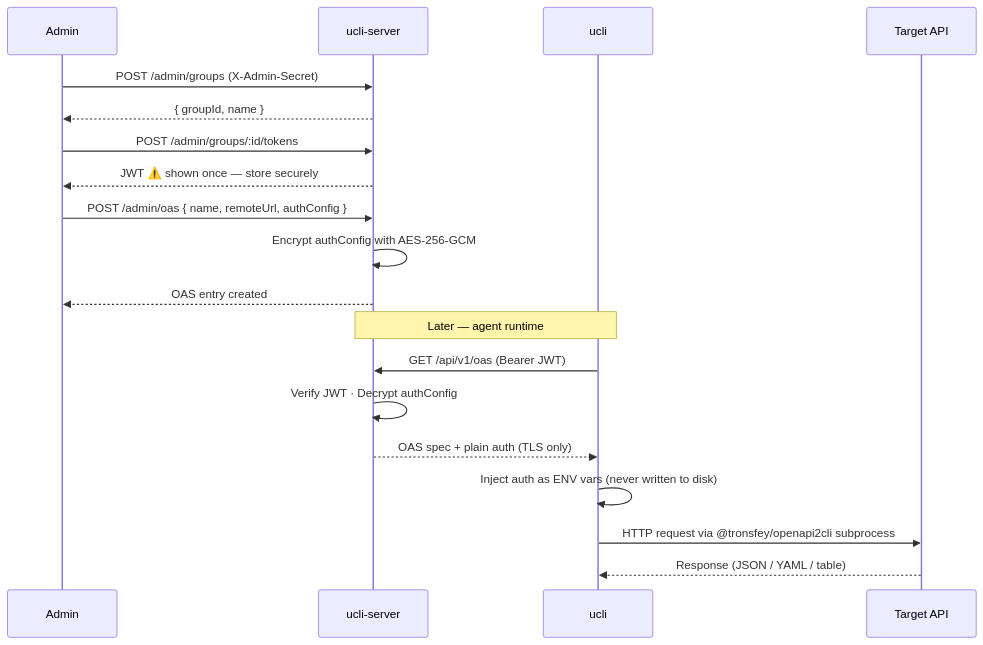
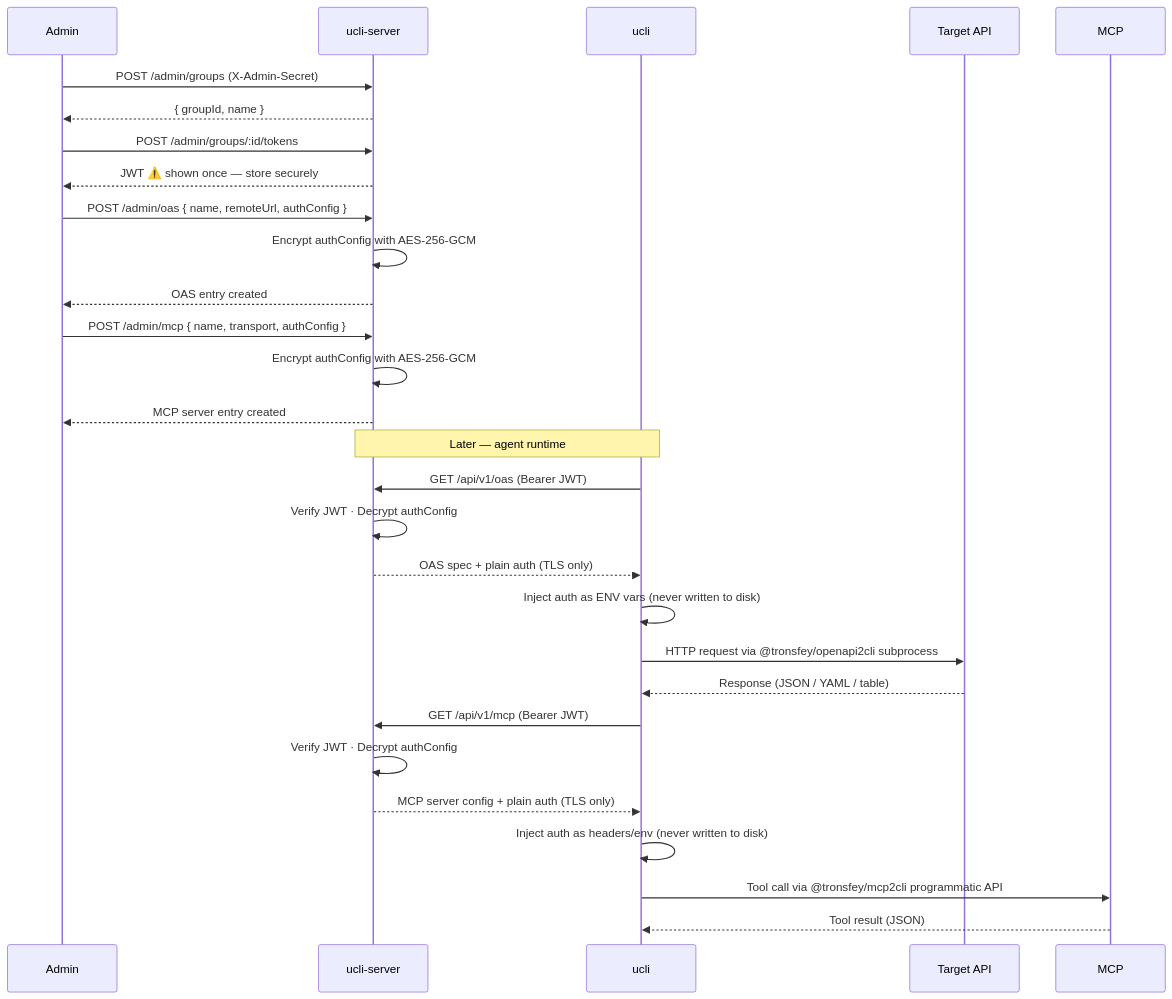
The second of 2 diagrams in README.md (tronsfey928/ucli), drawn with Mermaid before and after one commit. The commit also changed other lines of this file and 8 other files, not shown here.

First line of the commit message:
test(e2e): add MCP admin and client E2E tests; docs: update all READMEs and skill.md with MCP coverage

````diff
--- a/README.md
+++ b/README.md
@@ -63,27 +65,39 @@
 ```mermaid
 sequenceDiagram
     participant Admin
     participant Server as ucli-server
     participant CLI as ucli
     participant API as Target API
 
     Admin->>Server: POST /admin/groups (X-Admin-Secret)
     Server-->>Admin: { groupId, name }
 
     Admin->>Server: POST /admin/groups/:id/tokens
     Server-->>Admin: JWT  ⚠️ shown once — store securely
 
     Admin->>Server: POST /admin/oas  { name, remoteUrl, authConfig }
     Server->>Server: Encrypt authConfig with AES-256-GCM
     Server-->>Admin: OAS entry created
 
+    Admin->>Server: POST /admin/mcp { name, transport, authConfig }
+    Server->>Server: Encrypt authConfig with AES-256-GCM
+    Server-->>Admin: MCP server entry created
+
     Note over CLI,Server: Later — agent runtime
 
     CLI->>Server: GET /api/v1/oas  (Bearer JWT)
     Server->>Server: Verify JWT · Decrypt authConfig
     Server-->>CLI: OAS spec + plain auth (TLS only)
 
     CLI->>CLI: Inject auth as ENV vars (never written to disk)
     CLI->>API: HTTP request via @tronsfey/openapi2cli subprocess
     API-->>CLI: Response (JSON / YAML / table)
+
+    CLI->>Server: GET /api/v1/mcp  (Bearer JWT)
+    Server->>Server: Verify JWT · Decrypt authConfig
+    Server-->>CLI: MCP server config + plain auth (TLS only)
+
+    CLI->>CLI: Inject auth as headers/env (never written to disk)
+    CLI->>MCP: Tool call via @tronsfey/mcp2cli programmatic API
+    MCP-->>CLI: Tool result (JSON)
 ```
````
